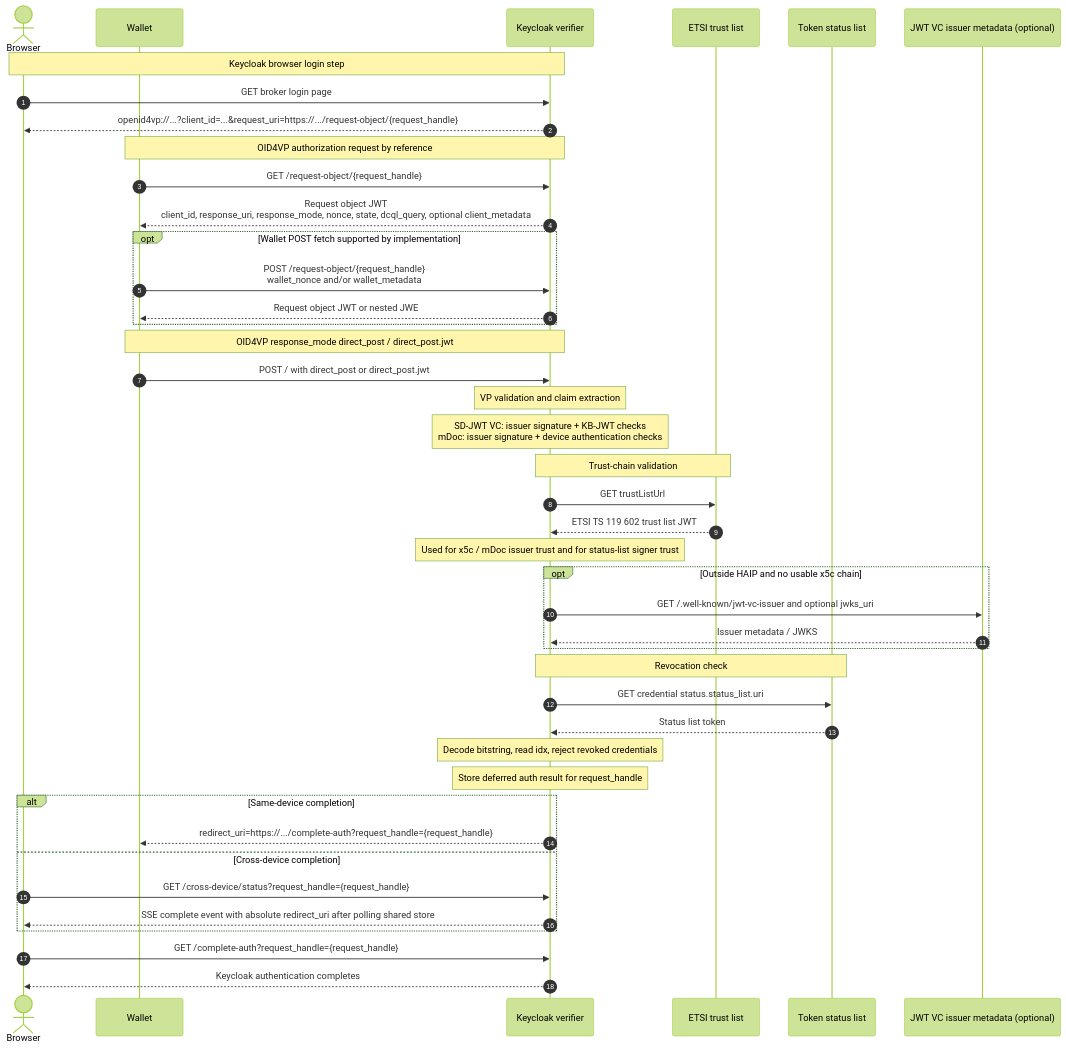
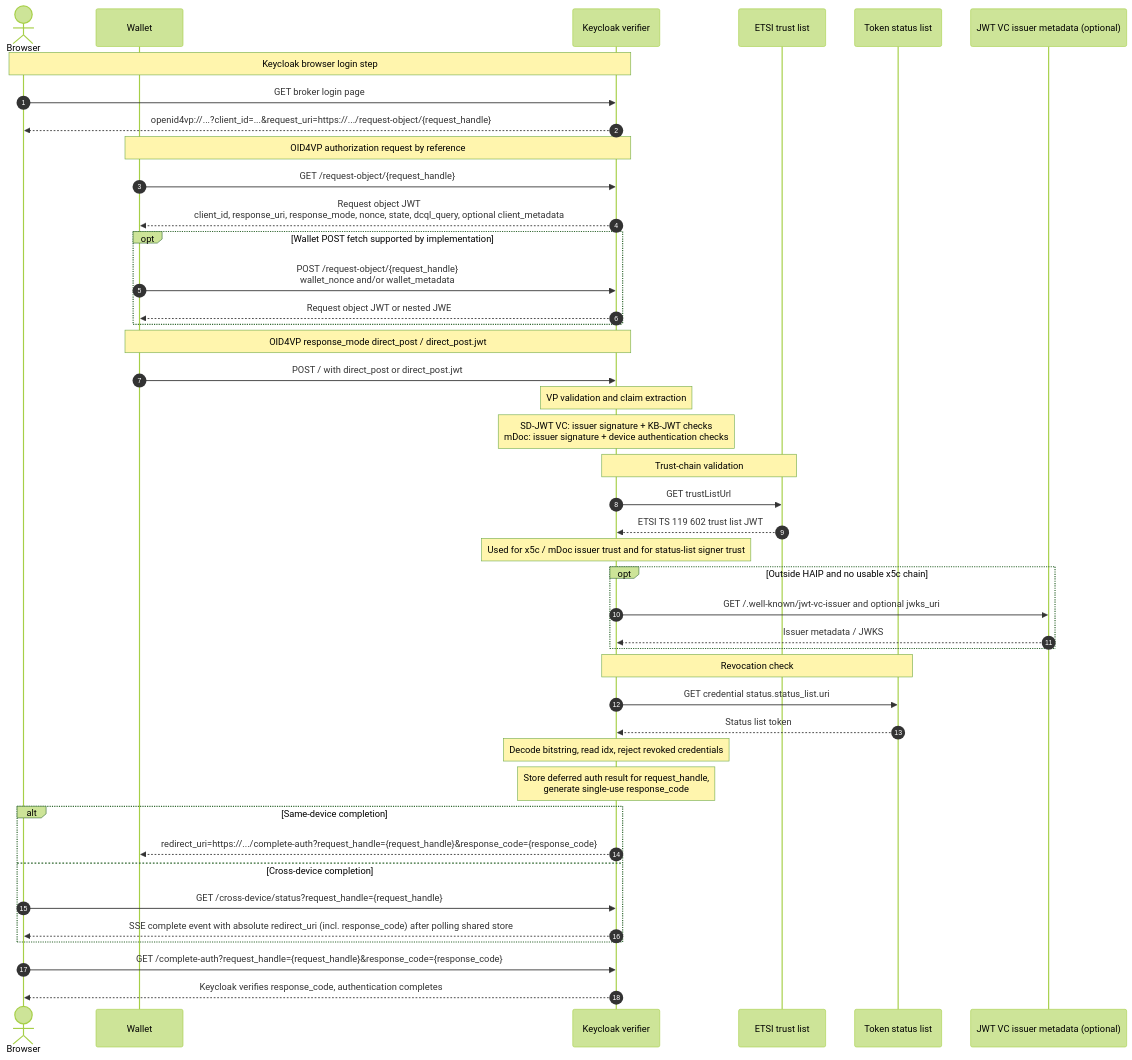
One commit to ba-itsys/keycloak-extension-oid4vp changed the second of 2 diagrams in docs/diagrams.md. Above: the diagram before and after it, drawn with Mermaid (forest theme). The commit also changed other lines of this file and 9 other files, not shown here.

Commit message:
fix: introduce response_code to prevent session fixation attacks

````diff
--- a/docs/diagrams.md
+++ b/docs/diagrams.md
@@ -51,56 +51,56 @@
 ```mermaid
 sequenceDiagram
     autonumber
     actor Browser
     participant Wallet
     participant Keycloak as Keycloak verifier
     participant TrustList as ETSI trust list
     participant StatusList as Token status list
     participant IssuerMeta as JWT VC issuer metadata (optional)
 
     Note over Browser,Keycloak: Keycloak browser login step
     Browser->>Keycloak: GET broker login page
     Keycloak-->>Browser: openid4vp://...?client_id=...&request_uri=https://.../request-object/{request_handle}
 
     Note over Wallet,Keycloak: OID4VP authorization request by reference
     Wallet->>Keycloak: GET /request-object/{request_handle}
     Keycloak-->>Wallet: Request object JWT<br/>client_id, response_uri, response_mode, nonce, state, dcql_query, optional client_metadata
 
     opt Wallet POST fetch supported by implementation
         Wallet->>Keycloak: POST /request-object/{request_handle}<br/>wallet_nonce and/or wallet_metadata
         Keycloak-->>Wallet: Request object JWT or nested JWE
     end
 
     Note over Wallet,Keycloak: OID4VP response_mode direct_post / direct_post.jwt
     Wallet->>Keycloak: POST / with direct_post or direct_post.jwt
 
     Note over Keycloak: VP validation and claim extraction
     Note over Keycloak: SD-JWT VC: issuer signature + KB-JWT checks<br/>mDoc: issuer signature + device authentication checks
 
     Note over Keycloak,TrustList: Trust-chain validation
     Keycloak->>TrustList: GET trustListUrl
     TrustList-->>Keycloak: ETSI TS 119 602 trust list JWT
     Note over Keycloak: Used for x5c / mDoc issuer trust and for status-list signer trust
 
     opt Outside HAIP and no usable x5c chain
         Keycloak->>IssuerMeta: GET /.well-known/jwt-vc-issuer and optional jwks_uri
         IssuerMeta-->>Keycloak: Issuer metadata / JWKS
     end
 
     Note over Keycloak,StatusList: Revocation check
     Keycloak->>StatusList: GET credential status.status_list.uri
     StatusList-->>Keycloak: Status list token
     Note over Keycloak: Decode bitstring, read idx, reject revoked credentials
 
-    Note over Keycloak: Store deferred auth result for request_handle
+    Note over Keycloak: Store deferred auth result for request_handle,<br/>generate single-use response_code
 
     alt Same-device completion
-        Keycloak-->>Wallet: redirect_uri=https://.../complete-auth?request_handle={request_handle}
+        Keycloak-->>Wallet: redirect_uri=https://.../complete-auth?request_handle={request_handle}&response_code={response_code}
     else Cross-device completion
         Browser->>Keycloak: GET /cross-device/status?request_handle={request_handle}
-        Keycloak-->>Browser: SSE complete event with absolute redirect_uri after polling shared store
+        Keycloak-->>Browser: SSE complete event with absolute redirect_uri (incl. response_code) after polling shared store
     end
 
-    Browser->>Keycloak: GET /complete-auth?request_handle={request_handle}
-    Keycloak-->>Browser: Keycloak authentication completes
+    Browser->>Keycloak: GET /complete-auth?request_handle={request_handle}&response_code={response_code}
+    Keycloak-->>Browser: Keycloak verifies response_code, authentication completes
 ```
````
